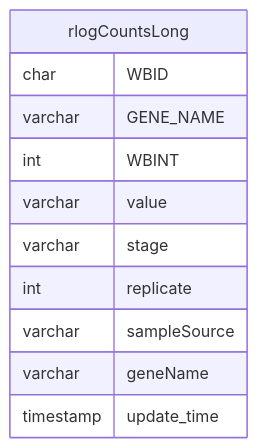
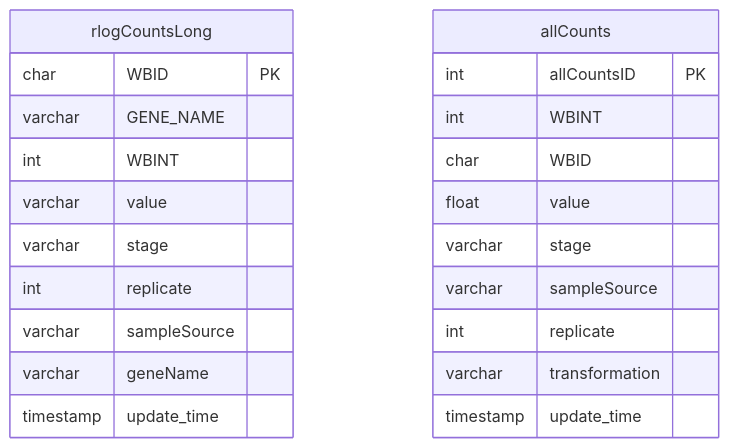
Before and after one commit to meekrob/OnishRDB: the diagram in README.md, drawn with Mermaid.

````diff
--- a/README.md
+++ b/README.md
@@ -90,17 +90,27 @@
 ```mermaid 
 erDiagram
 rlogCountsLong {
-  char WBID 
+  char WBID PK
   varchar GENE_NAME
   int WBINT
   varchar value
   varchar stage
   int replicate 
   varchar sampleSource
   varchar geneName
   timestamp update_time
     }
 
-
+allCounts {
+  int allCountsID PK
+  int WBINT
+   char WBID
+  float value
+  varchar stage
+  varchar sampleSource
+  int replicate
+  varchar transformation
+  timestamp update_time 
+}
 
 ```
````
